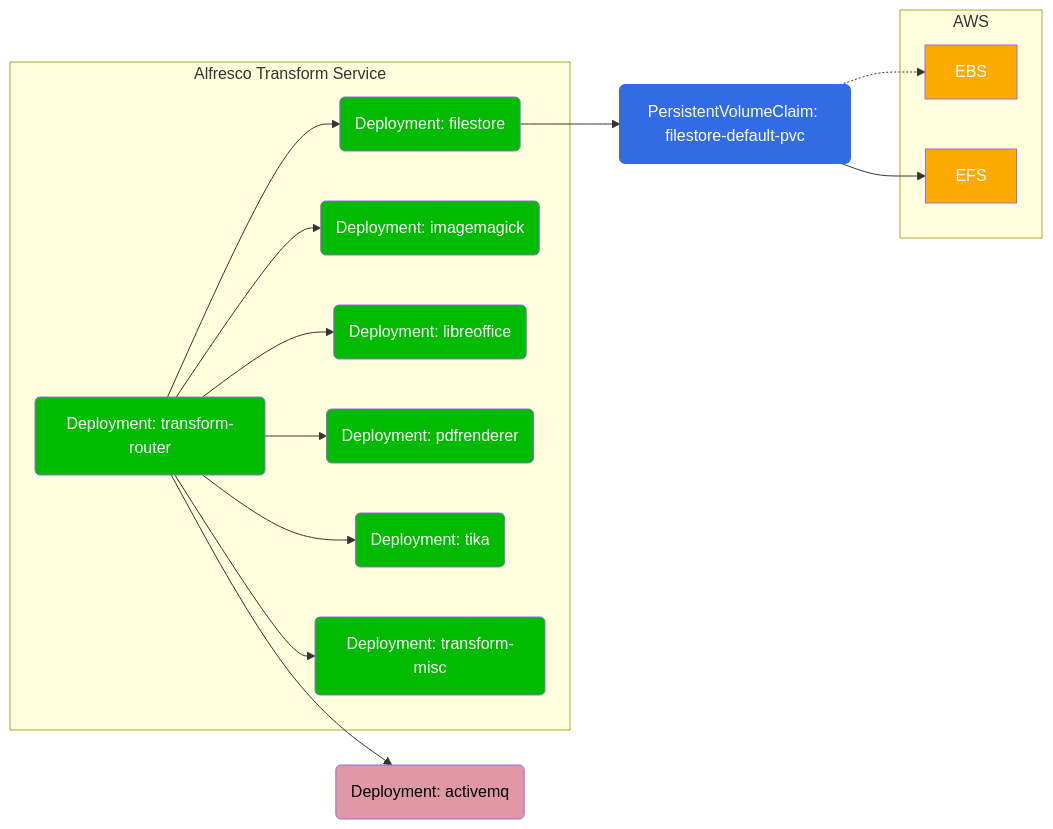
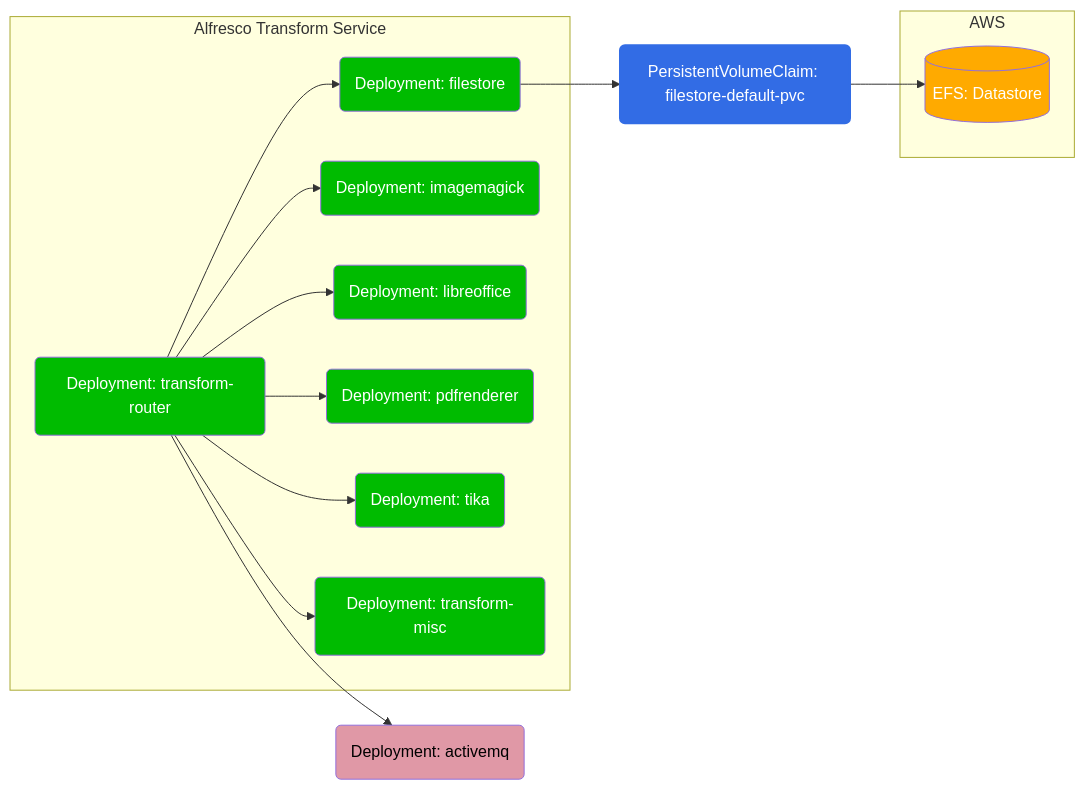
Before and after one commit to Alfresco/acs-deployment: the second of 4 diagrams in docs/helm/eks-deployment.md, drawn with Mermaid. The commit also changed other lines of this file, not shown here.

````diff
--- a/docs/helm/eks-deployment.md
+++ b/docs/helm/eks-deployment.md
@@ -83,38 +83,36 @@
 ```mermaid
 graph LR
 
 classDef alf fill:#0b0,color:#fff
 classDef aws fill:#fa0,color:#fff
 classDef k8s fill:#326ce5,stroke:#326ce5,stroke-width:2px,color:#fff
 classDef thrdP fill:#e098a6,color:#000
 
 subgraph ats[Alfresco Transform Service]
   Deployment_filestore(Deployment: filestore):::alf
   Deployment_imagemagick(Deployment: imagemagick):::alf
   Deployment_libreoffice(Deployment: libreoffice):::alf
   Deployment_pdfrenderer(Deployment: pdfrenderer):::alf
   Deployment_tika(Deployment: tika):::alf
   Deployment_transform-misc(Deployment: transform-misc):::alf
   Deployment_transform-router(Deployment: transform-router):::alf
 end
 
 subgraph AWS
-  EBS:::aws
-  EFS:::aws
+  EFS[(EFS: Datastore)]:::aws
 end
 
 Deployment_activemq(Deployment: activemq):::thrdP
 PersistentVolumeClaim_filestore-default-pvc(PersistentVolumeClaim: filestore-default-pvc):::k8s
 
 
 Deployment_transform-router --> Deployment_activemq
 Deployment_transform-router --> Deployment_imagemagick
 Deployment_transform-router --> Deployment_libreoffice
 Deployment_transform-router --> Deployment_pdfrenderer
 Deployment_transform-router --> Deployment_tika
 Deployment_transform-router --> Deployment_transform-misc
 Deployment_transform-router --> Deployment_filestore
 
-Deployment_filestore --> PersistentVolumeClaim_filestore-default-pvc -.-> EBS
-PersistentVolumeClaim_filestore-default-pvc --> EFS
+Deployment_filestore --> PersistentVolumeClaim_filestore-default-pvc --> EFS
 ```
````
